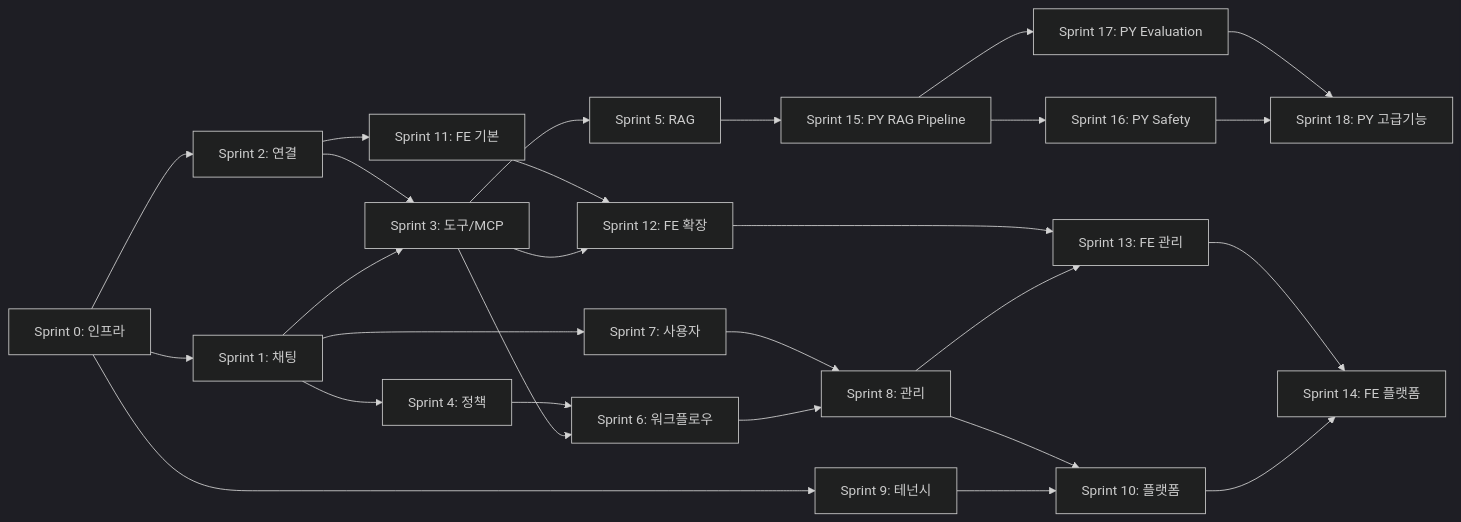
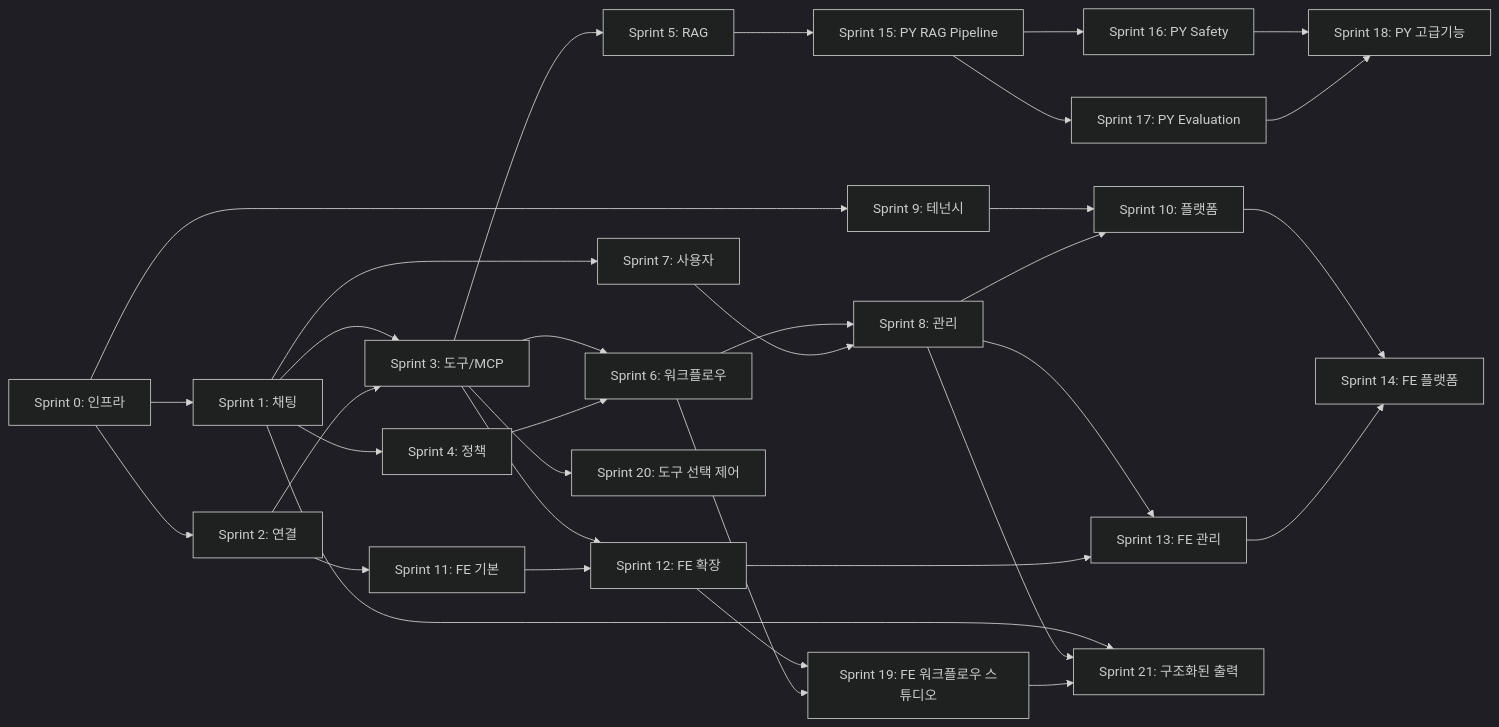
Before and after one commit to johnnykim7/aimbase: the first of 3 diagrams in docs/T3-6_실행_지시서.md, drawn with Mermaid (dark theme). The commit also changed other lines of this file and 282 other files, not shown here.

````diff
--- a/docs/T3-6_실행_지시서.md
+++ b/docs/T3-6_실행_지시서.md
@@ -299,29 +300,35 @@
 ```mermaid
 flowchart LR
     S0[Sprint 0: 인프라] --> S1[Sprint 1: 채팅]
     S0 --> S2[Sprint 2: 연결]
     S1 --> S3[Sprint 3: 도구/MCP]
     S2 --> S3
     S1 --> S4[Sprint 4: 정책]
     S3 --> S5[Sprint 5: RAG]
     S3 --> S6[Sprint 6: 워크플로우]
     S4 --> S6
     S1 --> S7[Sprint 7: 사용자]
     S6 --> S8[Sprint 8: 관리]
     S7 --> S8
     S0 --> S9[Sprint 9: 테넌시]
     S9 --> S10[Sprint 10: 플랫폼]
     S8 --> S10
     S2 --> S11[Sprint 11: FE 기본]
     S3 --> S12[Sprint 12: FE 확장]
     S11 --> S12
     S8 --> S13[Sprint 13: FE 관리]
     S12 --> S13
     S10 --> S14[Sprint 14: FE 플랫폼]
     S13 --> S14
     S5 --> S15[Sprint 15: PY RAG Pipeline]
     S15 --> S16[Sprint 16: PY Safety]
     S15 --> S17[Sprint 17: PY Evaluation]
     S16 --> S18[Sprint 18: PY 고급기능]
     S17 --> S18
+    S12 --> S19[Sprint 19: FE 워크플로우 스튜디오]
+    S6 --> S19
+    S3 --> S20[Sprint 20: 도구 선택 제어]
+    S1 --> S21[Sprint 21: 구조화된 출력]
+    S8 --> S21
+    S19 --> S21
 ```
````
